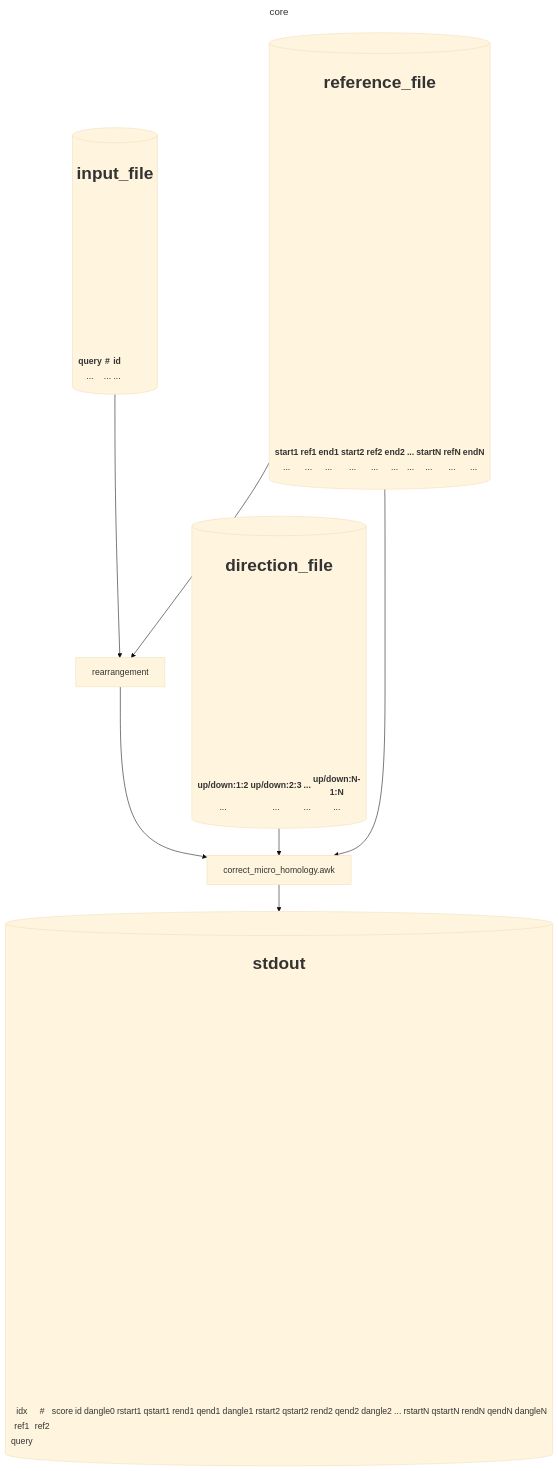
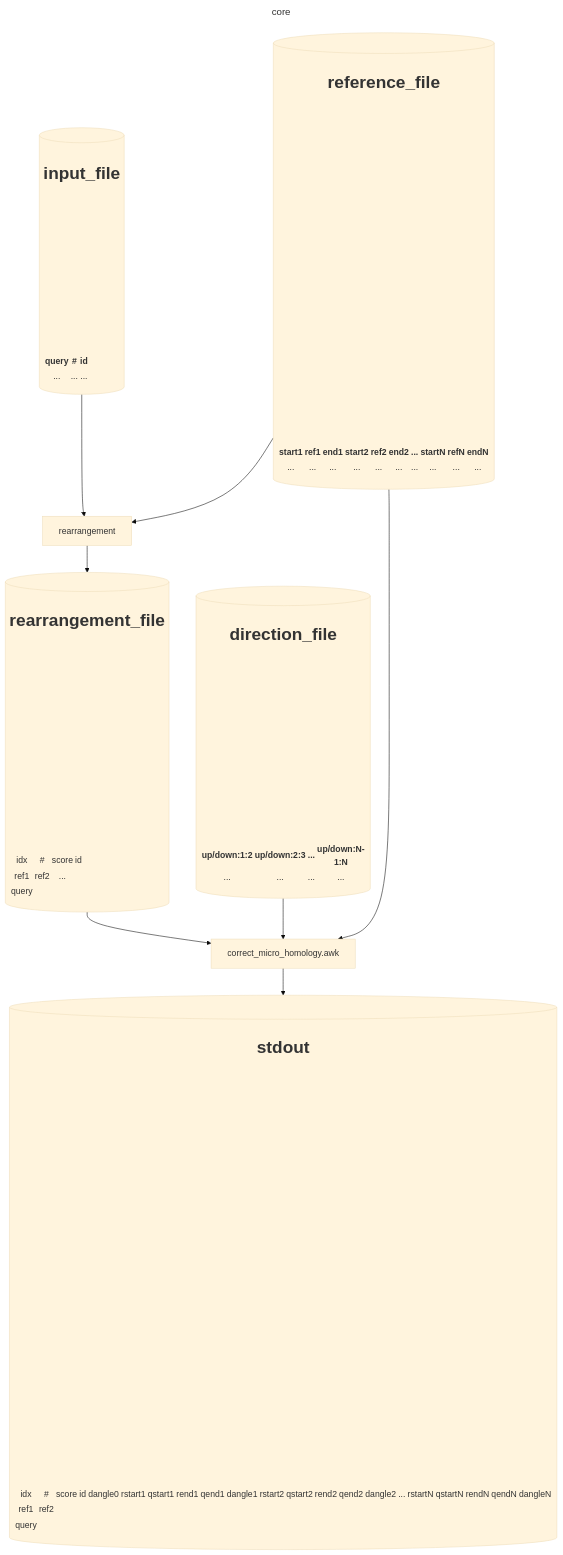
The third of 3 diagrams in docs/core.md (ljw20180420/rearr), drawn with Mermaid (base theme) before and after one commit. The commit also changed 5 other files, not shown here.

```diff
--- a/docs/core.md
+++ b/docs/core.md
@@ -307,6 +307,25 @@
             </tr>
         </table>
     )] --> REARR
+    REARR --> ALG[(
+        <h1>rearrangement_file</h1>
+        <table>
+            <tr>
+                <td>idx</td>
+                <td>#</td>
+                <td>score</td>
+                <td>id</td>
+            </tr>
+            <tr>
+                <td>ref1</td>
+                <td>ref2</td>
+                <td>...</td>
+            </tr>
+            <tr>
+                <td>query</td>
+            </tr>
+        </table>
+    )]
 
     REF --> CMH[correct_micro_homology.awk]
     DIRECTION[(
@@ -326,7 +345,7 @@
             </tr>
         </table>
     )] --> CMH
-    REARR --> CMH
+    ALG --> CMH
     CMH --> CORRECTED[(
         <h1>stdout</h1>
         <table>
```
